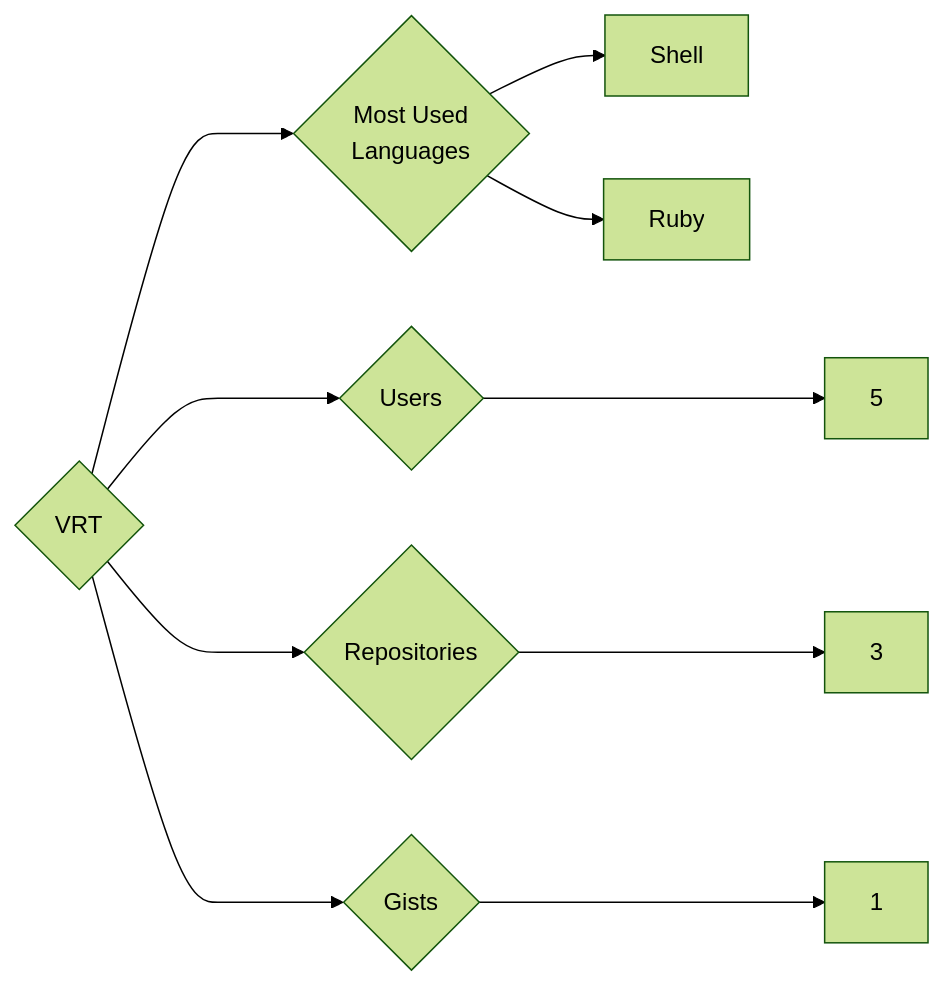
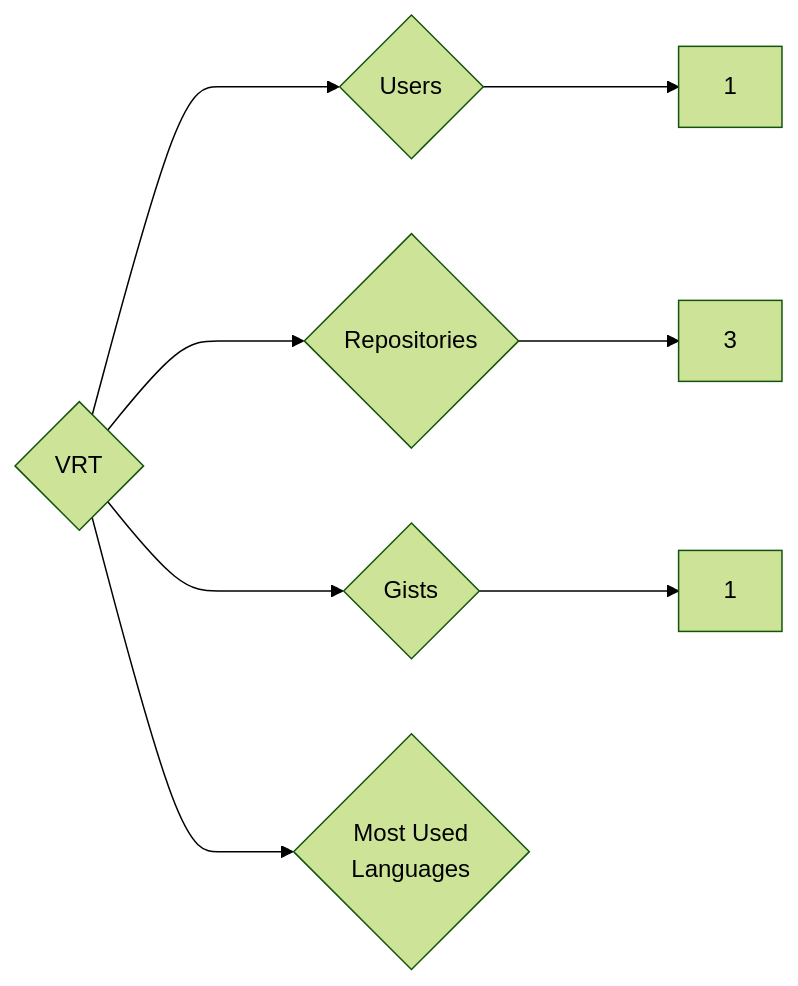
The diagram in targets/VRT/README.md (trickest/insiders), drawn with Mermaid (forest theme) before and after one commit. The commit also changed 797 other files, not shown here.

````diff
--- a/targets/VRT/README.md
+++ b/targets/VRT/README.md
@@ -3,10 +3,8 @@
 ```mermaid
 graph LR
 COMPANY_NAME{VRT}
-COMPANY_NAME ---> U{Users} ---> UN[5]
+COMPANY_NAME ---> U{Users} ---> UN[1]
 COMPANY_NAME ---> R{Repositories} ---> RN[3]
 COMPANY_NAME ---> G{Gists} ---> GN[1]
 COMPANY_NAME ---> ML{Most Used<br>Languages}
-ML --> Shell[Shell]
-ML --> Ruby[Ruby]
 ```
````
